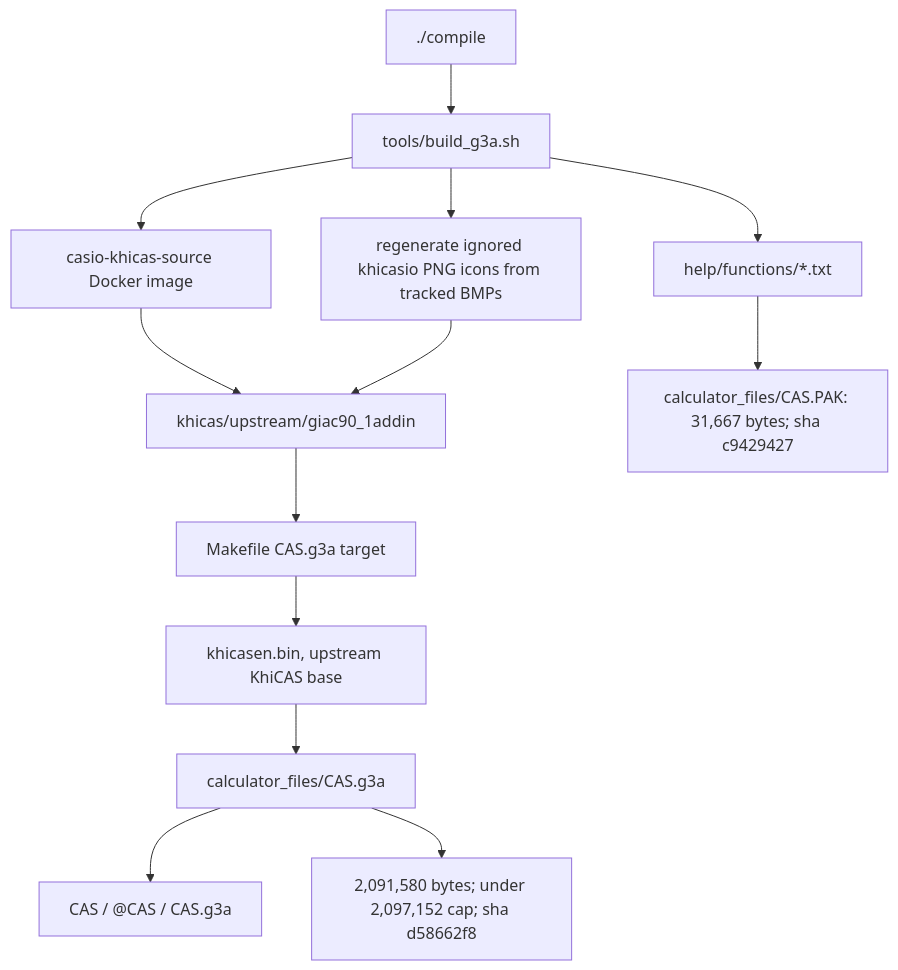
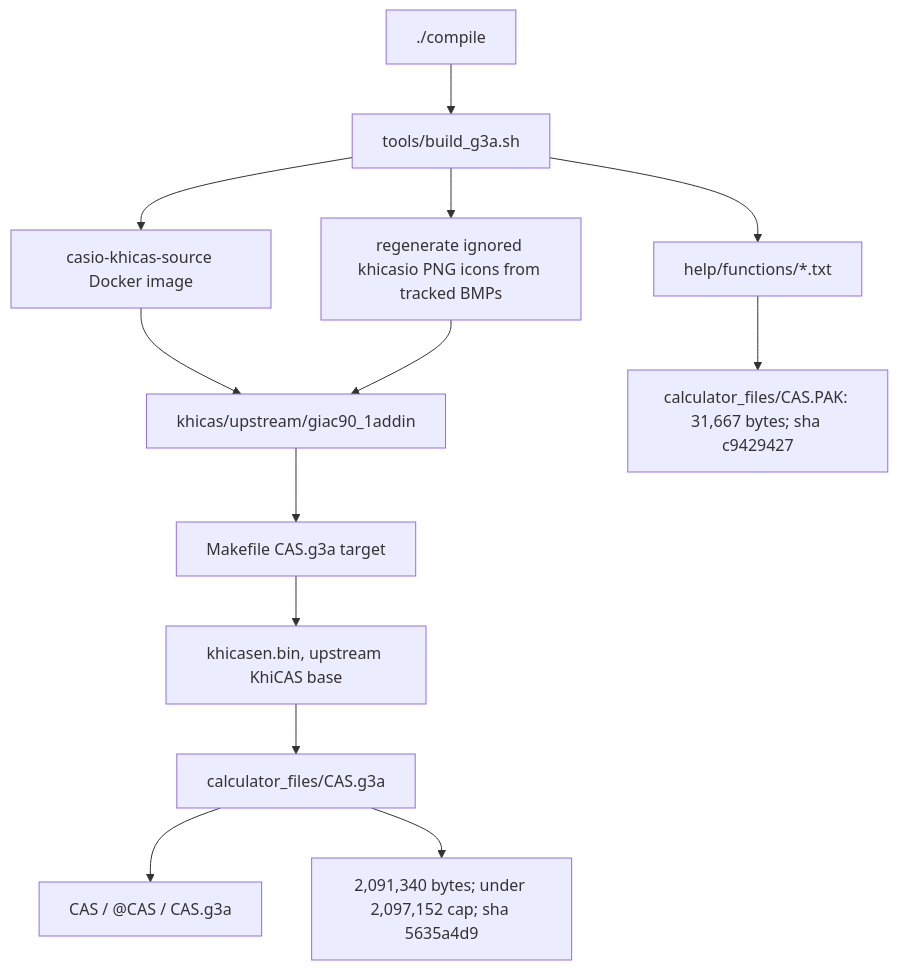
The first of 6 diagrams in docs/GRAPH.md (james8464/notes-addin-casio-fx-cg50), drawn with Mermaid before and after one commit. The commit also changed other lines of this file and 5 other files, not shown here.

````diff
--- a/docs/GRAPH.md
+++ b/docs/GRAPH.md
@@ -7,15 +7,15 @@
 ```mermaid
 graph TD
   Compile["./compile"] --> Build["tools/build_g3a.sh"]
   Build --> Docker["casio-khicas-source Docker image"]
   Docker --> Src["khicas/upstream/giac90_1addin"]
   Build --> Icons["regenerate ignored khicasio PNG icons from tracked BMPs"]
   Icons --> Src
   Src --> Make["Makefile CAS.g3a target"]
   Make --> Bin["khicasen.bin, upstream KhiCAS base"]
   Bin --> G3A["calculator_files/CAS.g3a"]
   Build --> Help["help/functions/*.txt"]
   Help --> PAK["calculator_files/CAS.PAK: 31,667 bytes; sha c9429427"]
   G3A --> Meta["CAS / @CAS / CAS.g3a"]
-  G3A --> Size["2,091,580 bytes; under 2,097,152 cap; sha d58662f8"]
+  G3A --> Size["2,091,340 bytes; under 2,097,152 cap; sha 5635a4d9"]
 ```
````
